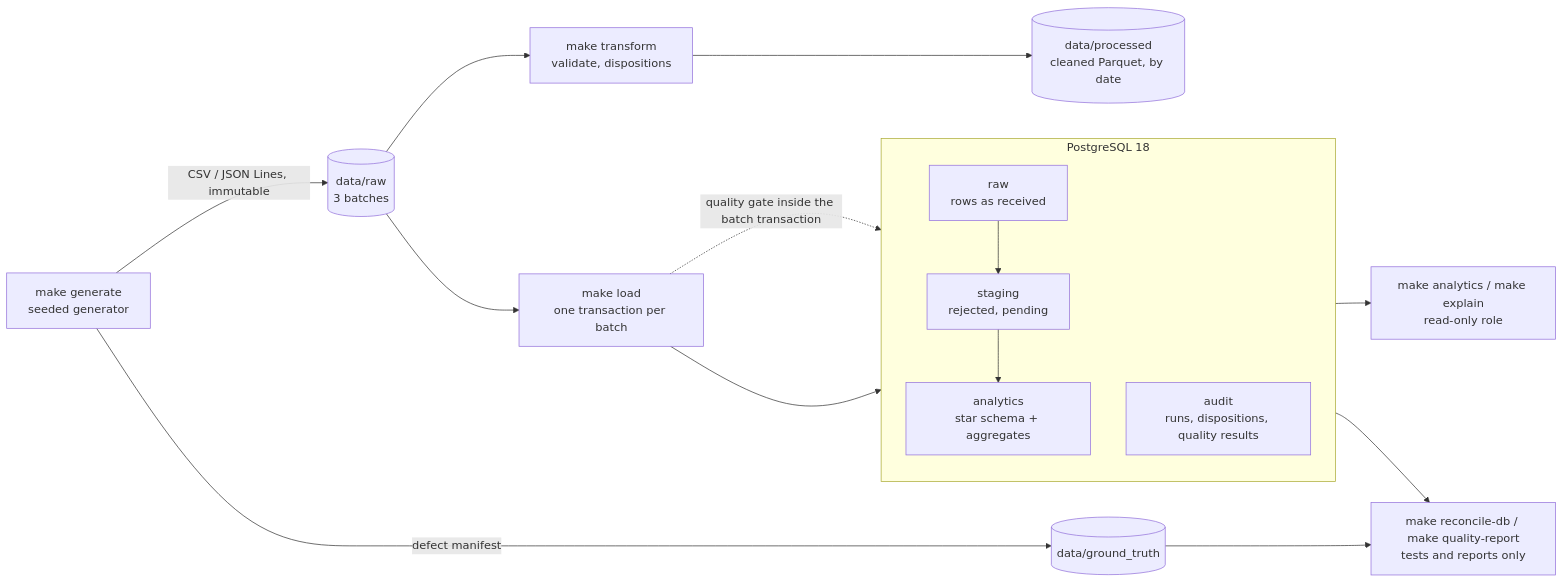
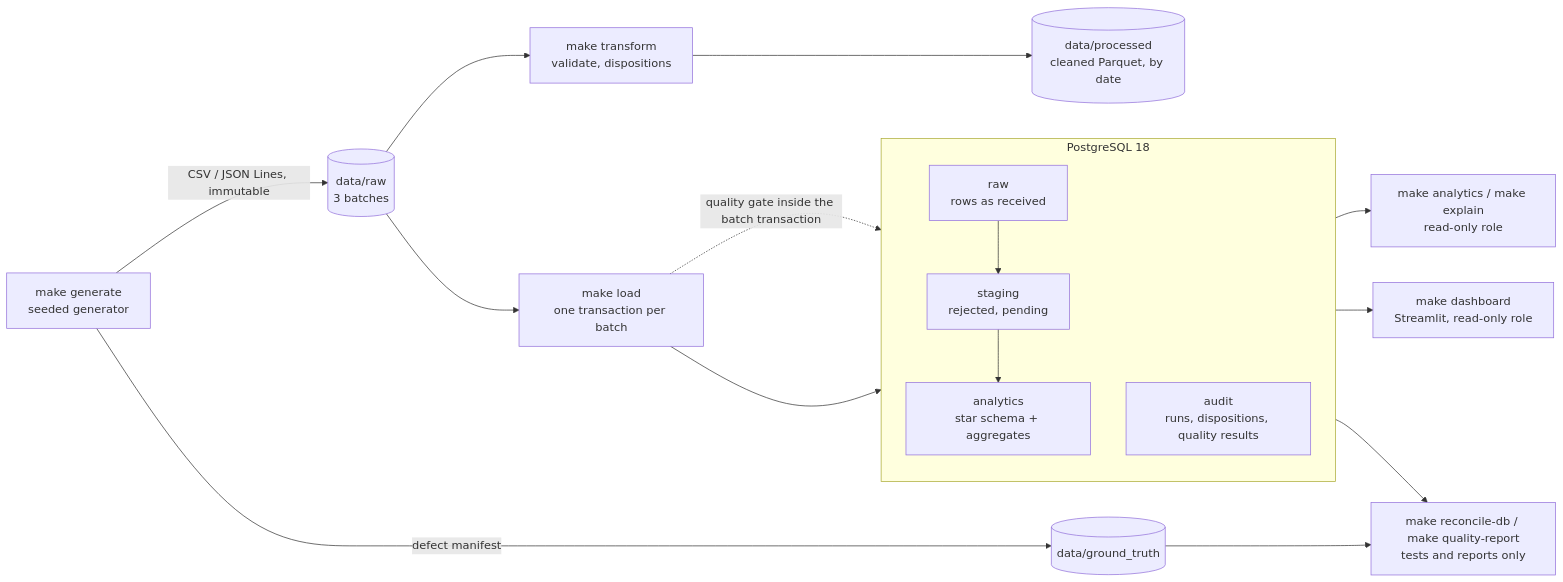
Before and after one commit to Aashritha-2005/DeliveryPulse-Last-Mile-Logistics-Data-Platform: the diagram in README.md, drawn with Mermaid. The commit also changed other lines of this file and 12 other files, not shown here.

Commit message:
Add read-only Streamlit dashboard: KPIs, delivery time trend, late rate by city, peak hours, top drivers

````diff
--- a/README.md
+++ b/README.md
@@ -17,19 +22,20 @@
 ```mermaid
 flowchart LR
     G["make generate<br/>seeded generator"] -->|CSV / JSON Lines, immutable| RAW[("data/raw<br/>3 batches")]
     G -->|defect manifest| GT[("data/ground_truth")]
     RAW --> T["make transform<br/>validate, dispositions"]
     T --> PQ[("data/processed<br/>cleaned Parquet, by date")]
     RAW --> L["make load<br/>one transaction per batch"]
     subgraph PG["PostgreSQL 18"]
         direction TB
         R["raw<br/>rows as received"] --> S["staging<br/>rejected, pending"]
         S --> A["analytics<br/>star schema + aggregates"]
         Q["audit<br/>runs, dispositions, quality results"]
     end
     L --> PG
     L -.->|quality gate inside the batch transaction| Q
     A --> AN["make analytics / make explain<br/>read-only role"]
+    A --> DB["make dashboard<br/>Streamlit, read-only role"]
     GT --> REC["make reconcile-db / make quality-report<br/>tests and reports only"]
     Q --> REC
 ```
````
